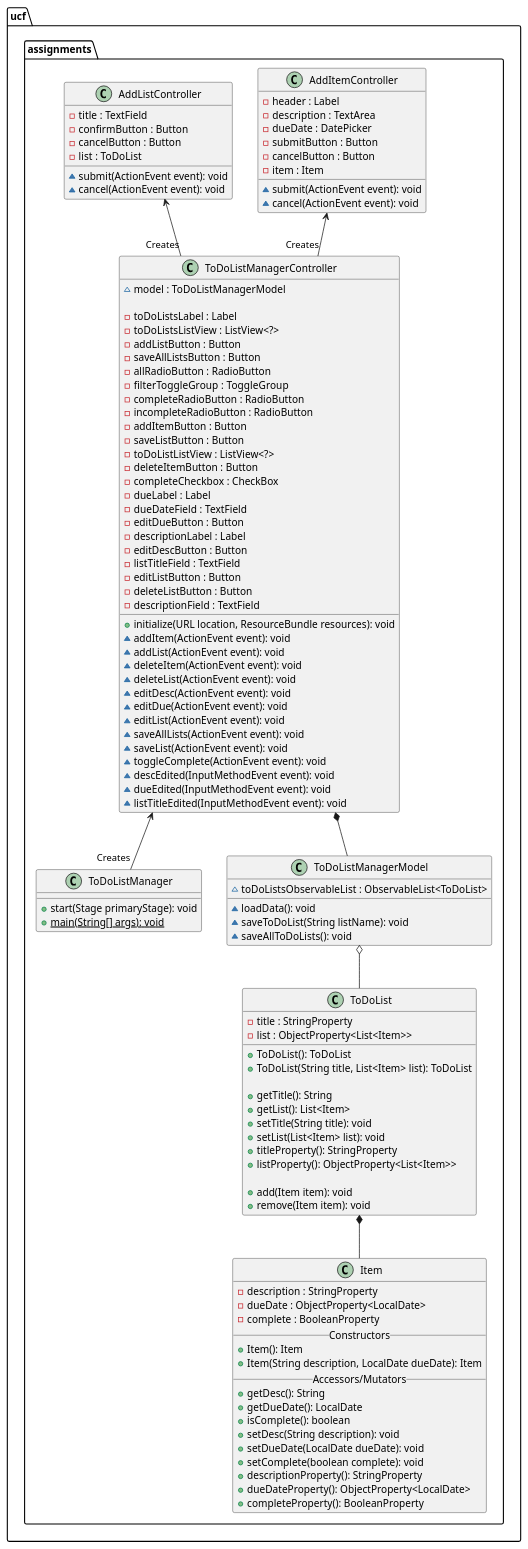
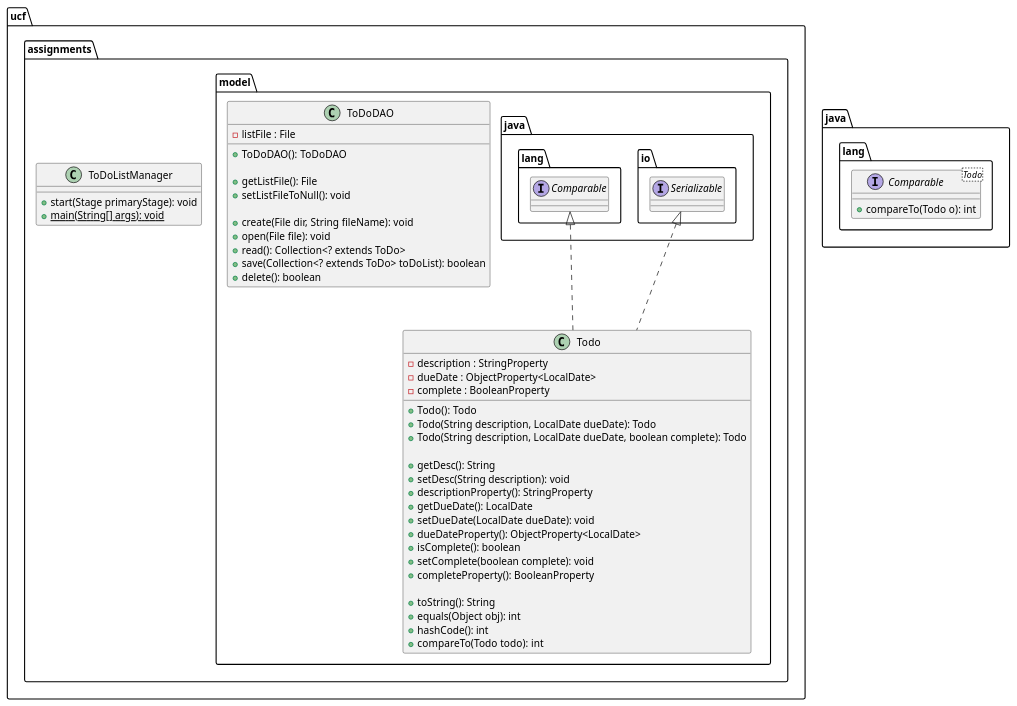
One commit to xera51/gray-cop3330-assignment4part2 changed the diagram in uml/ClassDiagram.puml. Above: the diagram before and after it, drawn with PlantUML. The commit also changed 5 other files, not shown here.

Commit message:
Open Files, Close Files, descriptionField functionality largely in place

```diff
--- a/uml/ClassDiagram.puml
+++ b/uml/ClassDiagram.puml
@@ -1,126 +1,64 @@
 @startuml
 
 package ucf.assignments {
+
+    package model {
+        class Todo implements java.io.Serializable, java.lang.Comparable{
+            - description : StringProperty
+            - dueDate : ObjectProperty<LocalDate>
+            - complete : BooleanProperty
+
+            + Todo(): Todo
+            + Todo(String description, LocalDate dueDate): Todo
+            + Todo(String description, LocalDate dueDate, boolean complete): Todo
+
+            + getDesc(): String
+            + setDesc(String description): void
+            + descriptionProperty(): StringProperty
+            + getDueDate(): LocalDate
+            + setDueDate(LocalDate dueDate): void
+            + dueDateProperty(): ObjectProperty<LocalDate>
+            + isComplete(): boolean
+            + setComplete(boolean complete): void
+            + completeProperty(): BooleanProperty
+
+            + toString(): String
+            + equals(Object obj): int
+            + hashCode(): int
+            + compareTo(Todo todo): int
+        }
+
+        class ToDoDAO {
+            - listFile : File
+
+            + ToDoDAO(): ToDoDAO
+
+            + getListFile(): File
+            + setListFileToNull(): void
+
+            + create(File dir, String fileName): void
+            + open(File file): void
+            + read(): Collection<? extends ToDo>
+            + save(Collection<? extends ToDo> toDoList): boolean
+            + delete(): boolean
+        }
+    }
+
+
     class ToDoListManager {
         + start(Stage primaryStage): void
         + {static} main(String[] args): void
     }
 
-    class ToDoListManagerController {
-        ~ model : ToDoListManagerModel
-
-        - toDoListsLabel : Label
-        - toDoListsListView : ListView<?>
-        - addListButton : Button
-        - saveAllListsButton : Button
-        - allRadioButton : RadioButton
-        - filterToggleGroup : ToggleGroup
-        - completeRadioButton : RadioButton
-        - incompleteRadioButton : RadioButton
-        - addItemButton : Button
-        - saveListButton : Button
-        - toDoListListView : ListView<?>
-        - deleteItemButton : Button
-        - completeCheckbox : CheckBox
-        - dueLabel : Label
-        - dueDateField : TextField
-        - editDueButton : Button
-        - descriptionLabel : Label
-        - editDescButton : Button
-        - listTitleField : TextField
-        - editListButton : Button
-        - deleteListButton : Button
-        - descriptionField : TextField
-
-        + initialize(URL location, ResourceBundle resources): void
-        ~ addItem(ActionEvent event): void
-        ~ addList(ActionEvent event): void
-        ~ deleteItem(ActionEvent event): void
-        ~ deleteList(ActionEvent event): void
-        ~ editDesc(ActionEvent event): void
-        ~ editDue(ActionEvent event): void
-        ~ editList(ActionEvent event): void
-        ~ saveAllLists(ActionEvent event): void
-        ~ saveList(ActionEvent event): void
-        ~ toggleComplete(ActionEvent event): void
-        ~ descEdited(InputMethodEvent event): void
-        ~ dueEdited(InputMethodEvent event): void
-        ~ listTitleEdited(InputMethodEvent event): void
-    }
-
-    class ToDoList {
-        - title : StringProperty
-        - list : ObjectProperty<List<Item>>
-
-        + ToDoList(): ToDoList
-        + ToDoList(String title, List<Item> list): ToDoList
-
-        + getTitle(): String
-        + getList(): List<Item>
-        + setTitle(String title): void
-        + setList(List<Item> list): void
-        + titleProperty(): StringProperty
-        + listProperty(): ObjectProperty<List<Item>>
-
-        + add(Item item): void
-        + remove(Item item): void
-    }
-
-    class Item {
-        - description : StringProperty
-        - dueDate : ObjectProperty<LocalDate>
-        - complete : BooleanProperty
-        __Constructors__
-        + Item(): Item
-        + Item(String description, LocalDate dueDate): Item
-        __Accessors/Mutators__
-        + getDesc(): String
-        + getDueDate(): LocalDate
-        + isComplete(): boolean
-        + setDesc(String description): void
-        + setDueDate(LocalDate dueDate): void
-        + setComplete(boolean complete): void
-        + descriptionProperty(): StringProperty
-        + dueDateProperty(): ObjectProperty<LocalDate>
-        + completeProperty(): BooleanProperty
-    }
-
-    class ToDoListManagerModel {
-        ~ toDoListsObservableList : ObservableList<ToDoList>
-
-        ~ loadData(): void
-        ~ saveToDoList(String listName): void
-        ~ saveAllToDoLists(): void
-    }
-
-    class AddItemController {
-        - header : Label
-        - description : TextArea
-        - dueDate : DatePicker
-        - submitButton : Button
-        - cancelButton : Button
-        - item : Item
-
-        ~ submit(ActionEvent event): void
-        ~ cancel(ActionEvent event): void
-    }
-
-    class AddListController {
-        - title : TextField
-        - confirmButton : Button
-        - cancelButton : Button
-        - list : ToDoList
-
-        ~ submit(ActionEvent event): void
-        ~ cancel(ActionEvent event): void
-    }
-
-    ToDoList *-- Item
-    ToDoListManagerModel o-- ToDoList
-    ToDoListManagerController *-- ToDoListManagerModel
-    ToDoListManagerController <-- "Creates" ToDoListManager
-    AddItemController <-- "Creates" ToDoListManagerController
-    AddListController <-- "Creates" ToDoListManagerController
 }
 
+
+package java.lang {
+    interface Comparable<Todo>{
+        + compareTo(Todo o): int
+    }
+}
+
+
+
 @enduml
```
